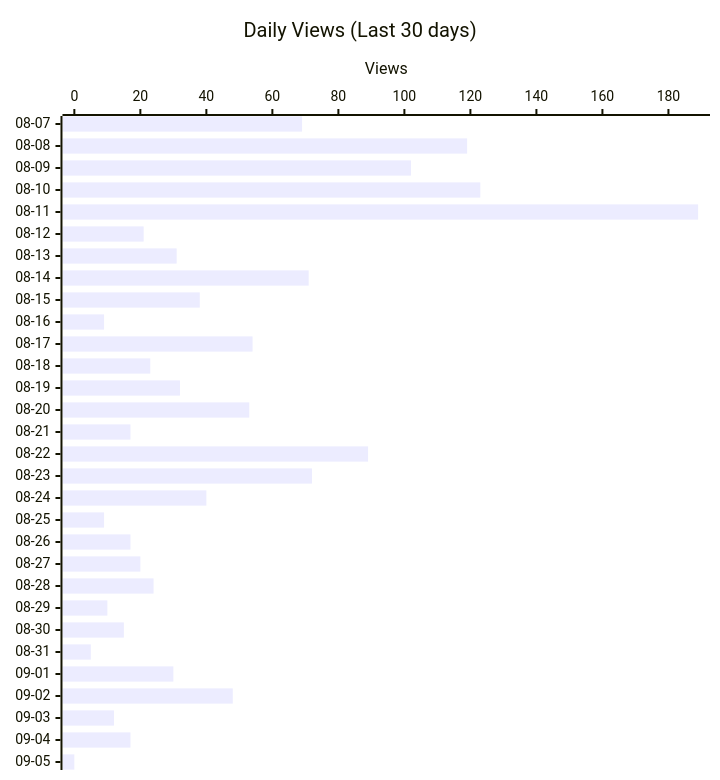
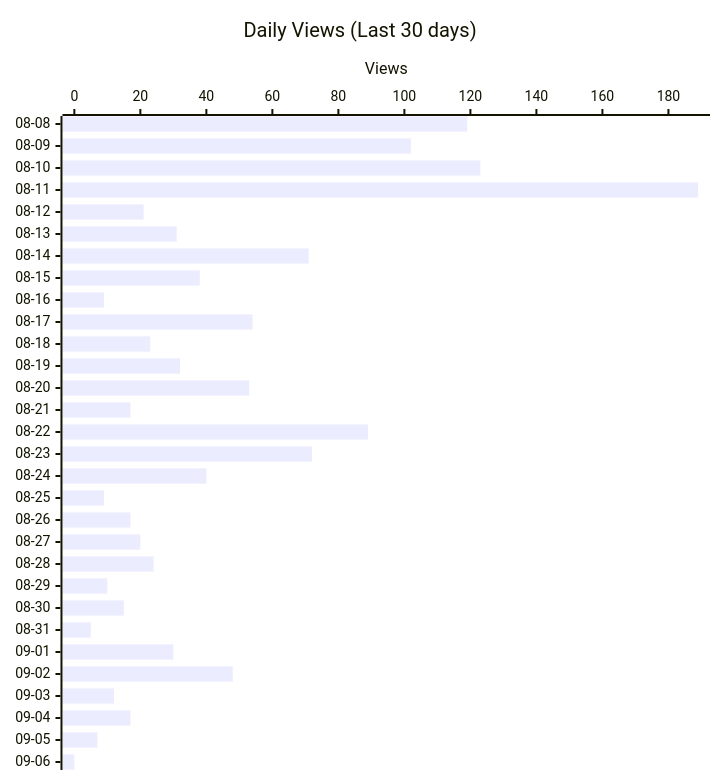
Before and after one commit to shigechika/github-insights: the second of 4 diagrams in README.md, drawn with Mermaid. The commit also changed other lines of this file and 2 other files, not shown here.

````diff
--- a/README.md
+++ b/README.md
@@ -28,12 +28,12 @@
 ```mermaid
 ---
 config:
   xyChart:
     height: 760
 ---
 xychart-beta horizontal
     title "Daily Views (Last 30 days)"
-    x-axis ["08-07", "08-08", "08-09", "08-10", "08-11", "08-12", "08-13", "08-14", "08-15", "08-16", "08-17", "08-18", "08-19", "08-20", "08-21", "08-22", "08-23", "08-24", "08-25", "08-26", "08-27", "08-28", "08-29", "08-30", "08-31", "09-01", "09-02", "09-03", "09-04", "09-05"]
+    x-axis ["08-08", "08-09", "08-10", "08-11", "08-12", "08-13", "08-14", "08-15", "08-16", "08-17", "08-18", "08-19", "08-20", "08-21", "08-22", "08-23", "08-24", "08-25", "08-26", "08-27", "08-28", "08-29", "08-30", "08-31", "09-01", "09-02", "09-03", "09-04", "09-05", "09-06"]
     y-axis "Views"
-    bar [69, 119, 102, 123, 189, 21, 31, 71, 38, 9, 54, 23, 32, 53, 17, 89, 72, 40, 9, 17, 20, 24, 10, 15, 5, 30, 48, 12, 17, 0]
+    bar [119, 102, 123, 189, 21, 31, 71, 38, 9, 54, 23, 32, 53, 17, 89, 72, 40, 9, 17, 20, 24, 10, 15, 5, 30, 48, 12, 17, 7, 0]
 ```
````
